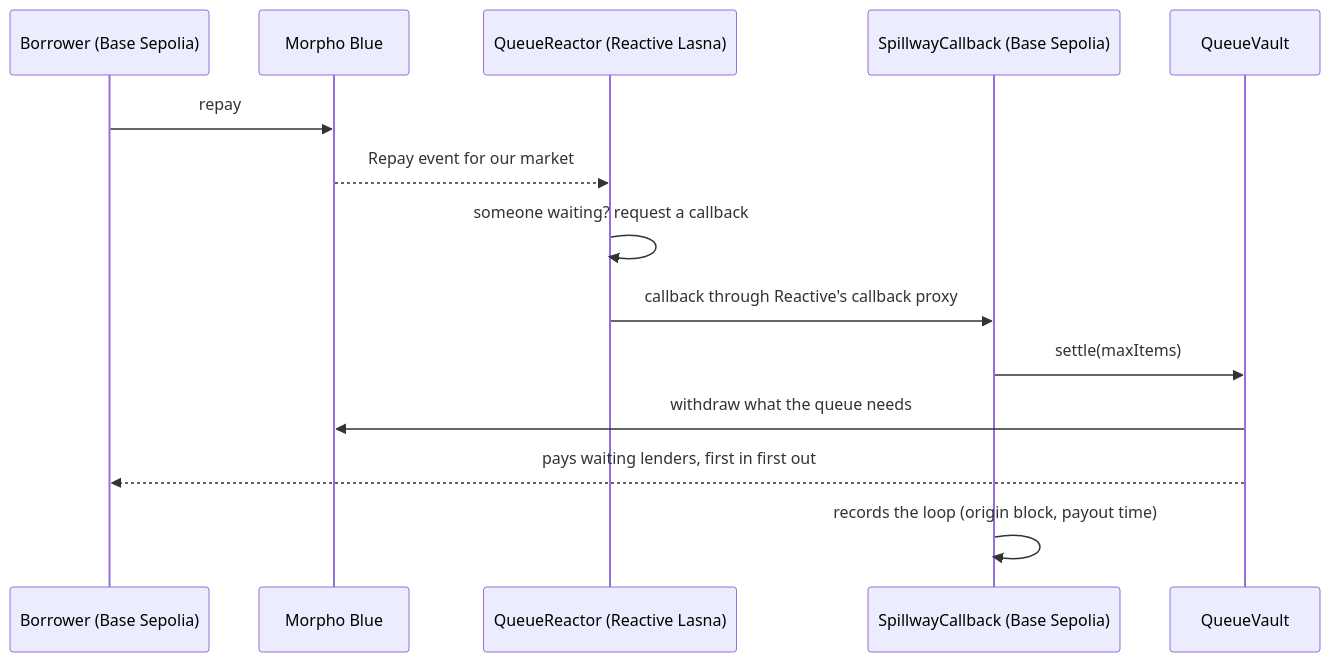
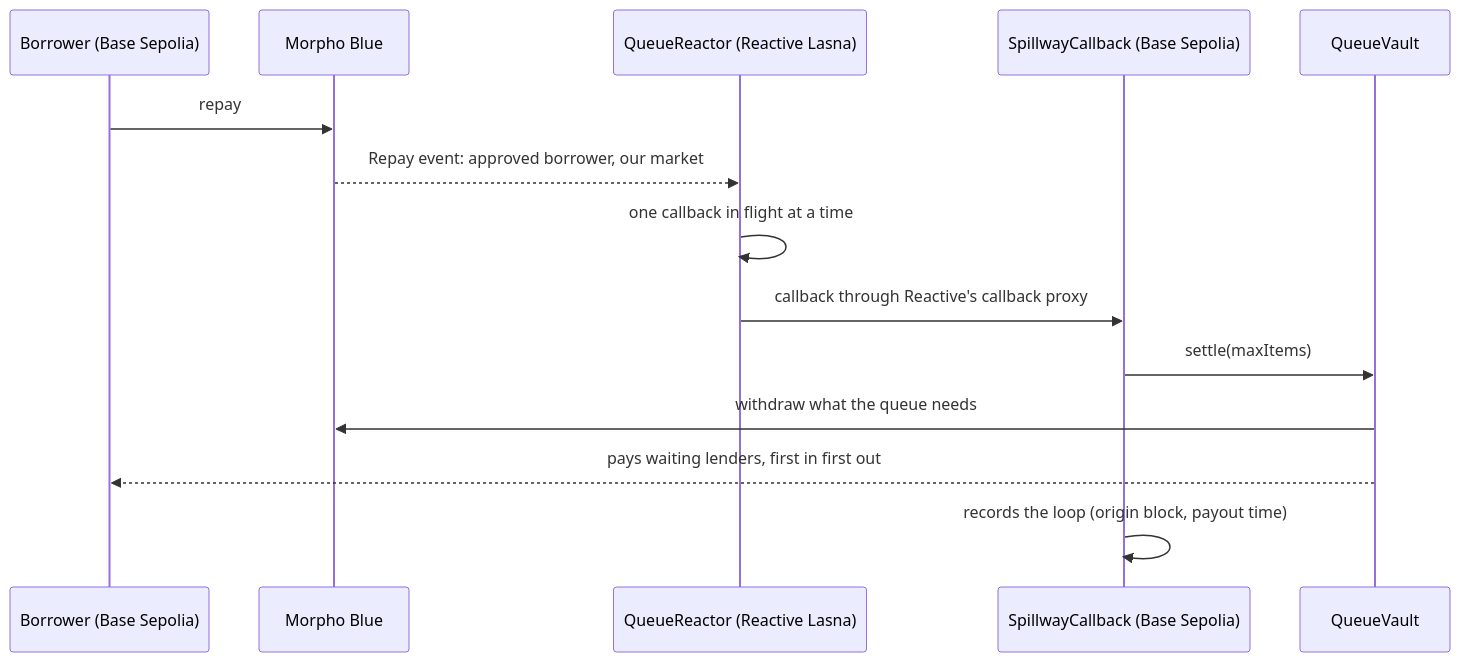
The diagram in README.md (whatsgood200/spillway), drawn with Mermaid before and after one commit. The commit also changed other lines of this file and 15 other files, not shown here.

````diff
--- a/README.md
+++ b/README.md
@@ -50,16 +51,16 @@
 ```mermaid
 sequenceDiagram
     participant B as Borrower (Base Sepolia)
     participant M as Morpho Blue
     participant R as QueueReactor (Reactive Lasna)
     participant C as SpillwayCallback (Base Sepolia)
     participant V as QueueVault
     B->>M: repay
-    M-->>R: Repay event for our market
-    R->>R: someone waiting? request a callback
+    M-->>R: Repay event: approved borrower, our market
+    R->>R: one callback in flight at a time
     R->>C: callback through Reactive's callback proxy
     C->>V: settle(maxItems)
     V->>M: withdraw what the queue needs
     V-->>B: pays waiting lenders, first in first out
     C->>C: records the loop (origin block, payout time)
 ```
````
